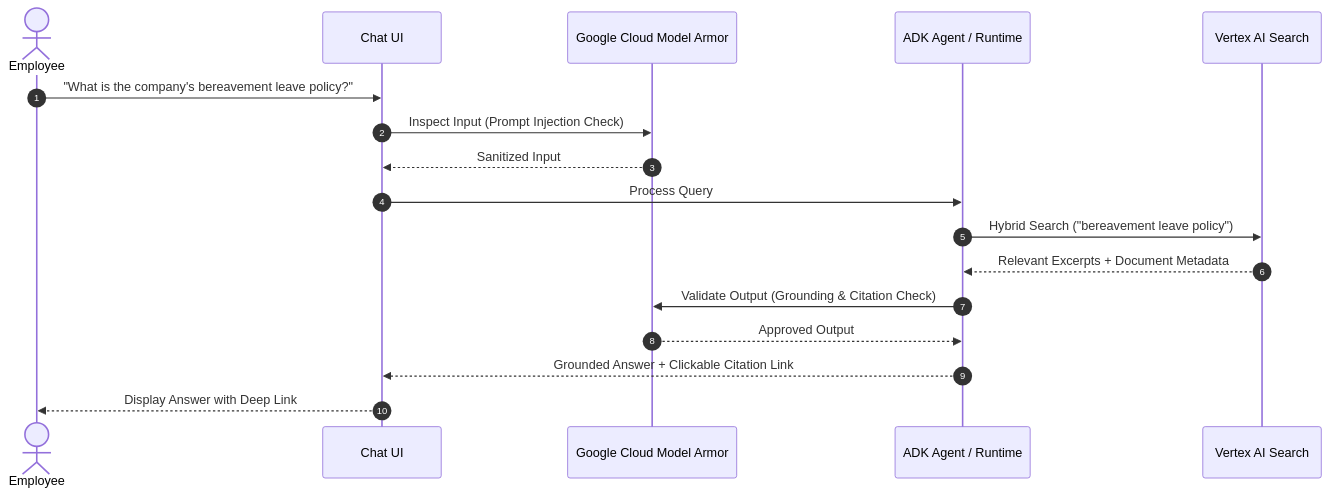
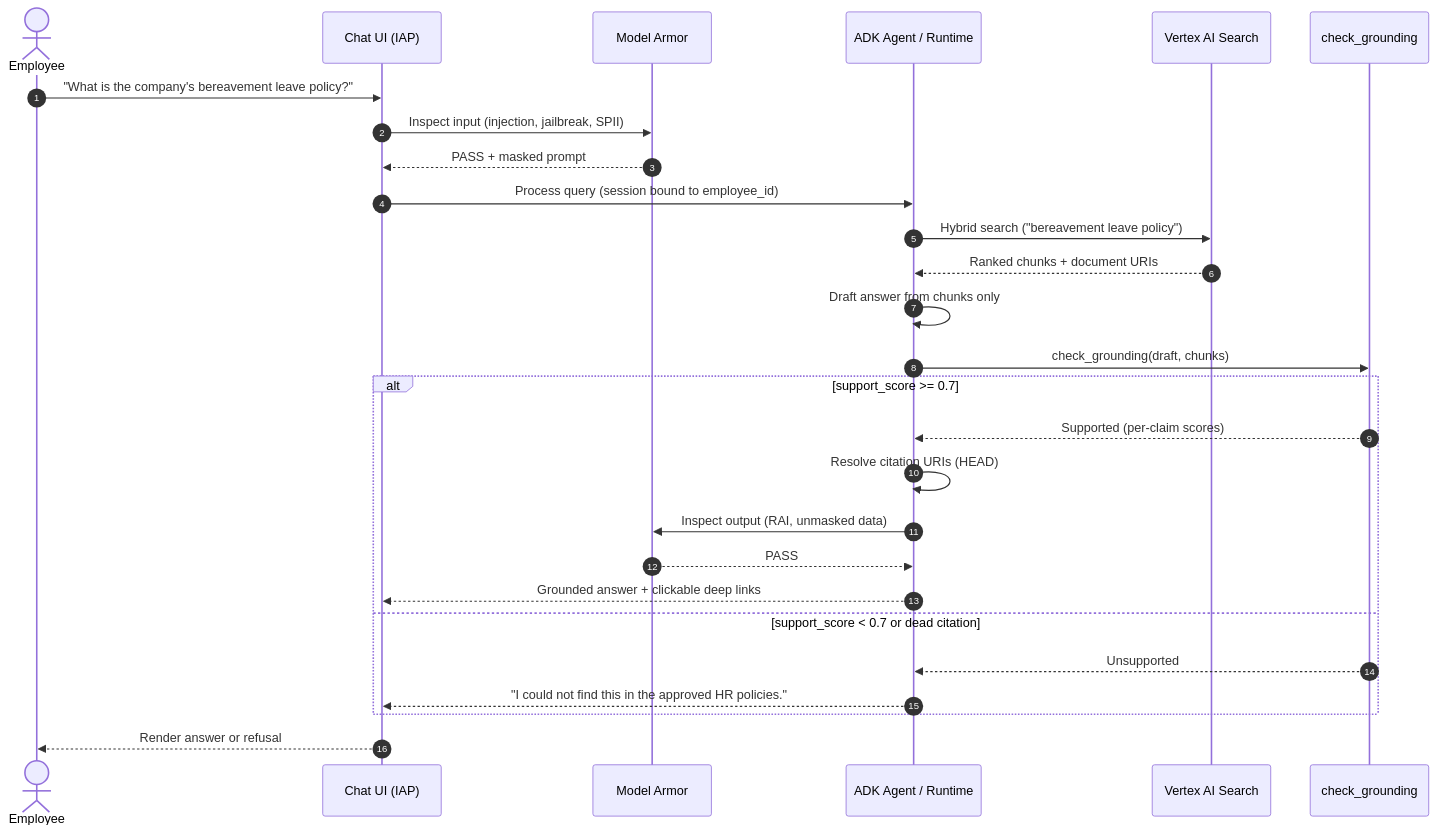
Before and after one commit to yangwhale/elevate-bj-g4: the second of 14 diagrams in SDD.md, drawn with Mermaid. The commit also changed other lines of this file, not shown here.

First line of the commit message:
fix(sdd): make the document obey its own rules (v1.6)

````diff
--- a/SDD.md
+++ b/SDD.md
@@ -131,20 +134,30 @@
 ```mermaid
 sequenceDiagram
     autonumber
     actor Employee
-    participant UI as Chat UI
-    participant Armor as Google Cloud Model Armor
+    participant UI as Chat UI (IAP)
+    participant Armor as Model Armor
     participant Agent as ADK Agent / Runtime
     participant RAG as Vertex AI Search
+    participant CG as check_grounding
 
     Employee->>UI: "What is the company's bereavement leave policy?"
-    UI->>Armor: Inspect Input (Prompt Injection Check)
-    Armor-->>UI: Sanitized Input
-    UI->>Agent: Process Query
-    Agent->>RAG: Hybrid Search ("bereavement leave policy")
-    RAG-->>Agent: Relevant Excerpts + Document Metadata
-    Agent->>Armor: Validate Output (Grounding & Citation Check)
-    Armor-->>Agent: Approved Output
-    Agent-->>UI: Grounded Answer + Clickable Citation Link
-    UI-->>Employee: Display Answer with Deep Link
+    UI->>Armor: Inspect input (injection, jailbreak, SPII)
+    Armor-->>UI: PASS + masked prompt
+    UI->>Agent: Process query (session bound to employee_id)
+    Agent->>RAG: Hybrid search ("bereavement leave policy")
+    RAG-->>Agent: Ranked chunks + document URIs
+    Agent->>Agent: Draft answer from chunks only
+    Agent->>CG: check_grounding(draft, chunks)
+    alt support_score >= 0.7
+        CG-->>Agent: Supported (per-claim scores)
+        Agent->>Agent: Resolve citation URIs (HEAD)
+        Agent->>Armor: Inspect output (RAI, unmasked data)
+        Armor-->>Agent: PASS
+        Agent-->>UI: Grounded answer + clickable deep links
+    else support_score < 0.7 or dead citation
+        CG-->>Agent: Unsupported
+        Agent-->>UI: "I could not find this in the approved HR policies."
+    end
+    UI-->>Employee: Render answer or refusal
 ```
````
